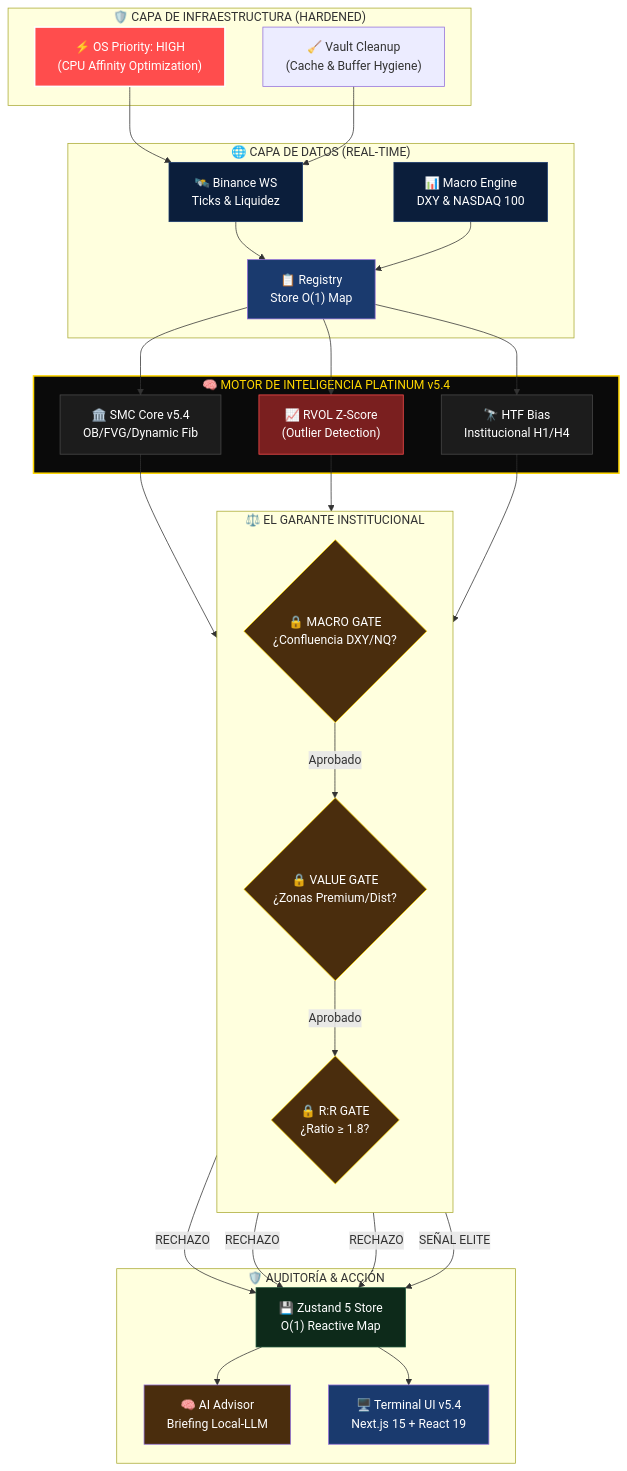
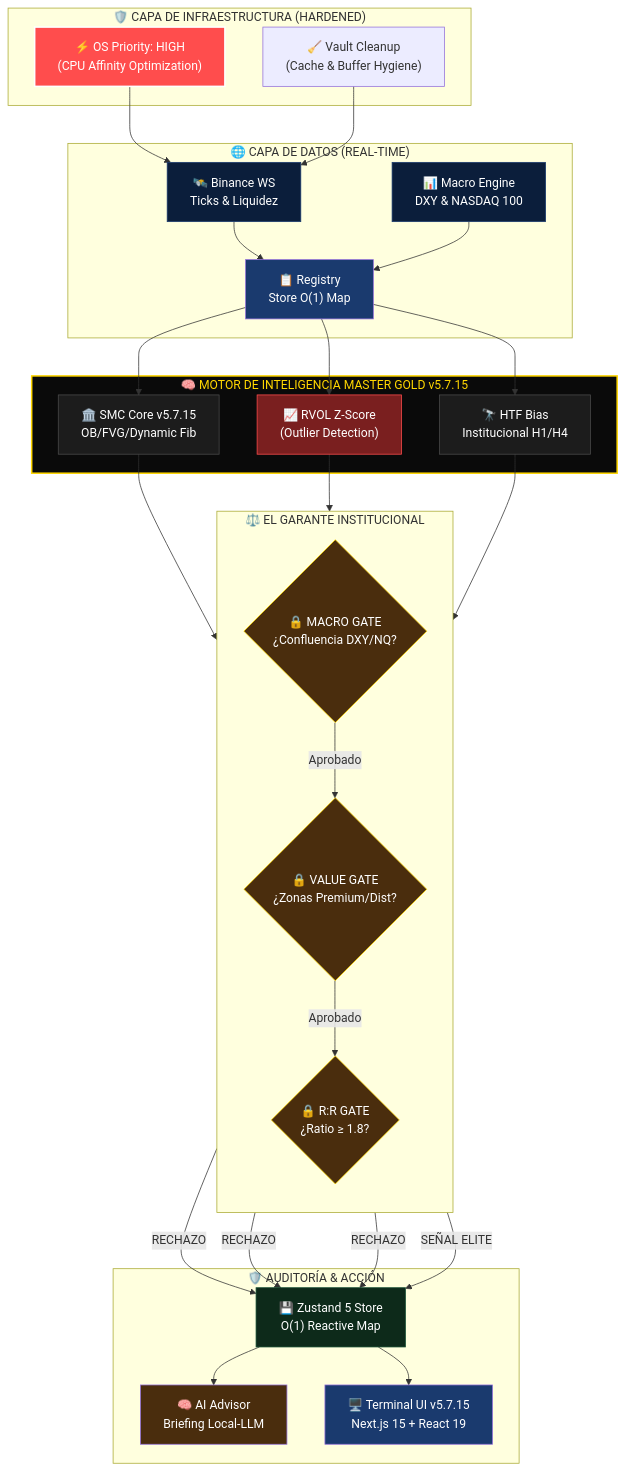
One commit to matiquelmec/Slingshot changed the diagram in docs/architecture/MASTERPLAN_V5.md. Above: the diagram before and after it, drawn with Mermaid. The commit also changed other lines of this file and 1 other file, not shown here.

Commit message:
docs(v5.7.15): Master Gold Sync - Actualización de Arquitectura y Core definitorios del Heatmap Activo

````diff
--- a/docs/architecture/MASTERPLAN_V5.md
+++ b/docs/architecture/MASTERPLAN_V5.md
@@ -16,69 +16,69 @@
 ```mermaid
 flowchart TD
     %% --- CAPA DE INFRAESTRUCTURA (HARDENING) ---
     subgraph INFRA_LAYER ["🛡️ CAPA DE INFRAESTRUCTURA (HARDENED)"]
         OS_P["⚡ OS Priority: HIGH\n(CPU Affinity Optimization)"]
         CL_V["🧹 Vault Cleanup\n(Cache & Buffer Hygiene)"]
     end
 
     %% --- CAPA DE INGESTA (TELEMETRÍA) ---
     subgraph DATA_LAYER ["🌐 CAPA DE DATOS (REAL-TIME)"]
         BN["🛰️ Binance WS\nTicks & Liquidez"]
         MACRO["📊 Macro Engine\nDXY & NASDAQ 100"]
         REG["📋 Registry\nStore O(1) Map"]
     end
 
     %% --- MOTOR DE INTELIGENCIA (EL CEREBRO) ---
-    subgraph ENGINE_LAYER ["🧠 MOTOR DE INTELIGENCIA PLATINUM v5.4"]
-        SMC["🏛️ SMC Core v5.4\nOB/FVG/Dynamic Fib"]
+    subgraph ENGINE_LAYER ["🧠 MOTOR DE INTELIGENCIA MASTER GOLD v5.7.15"]
+        SMC["🏛️ SMC Core v5.7.15\nOB/FVG/Dynamic Fib"]
         RVOL["📈 RVOL Z-Score\n(Outlier Detection)"]
         HTF["🔭 HTF Bias\nInstitucional H1/H4"]
     end
 
     %% --- PORTEROS DE RIESGO (LOS FILTROS) ---
     subgraph RISK_LAYER ["⚖️ EL GARANTE INSTITUCIONAL"]
         direction TB
         G1{"🔒 MACRO GATE\n¿Confluencia DXY/NQ?"}
         G2{"🔒 VALUE GATE\n¿Zonas Premium/Dist?"}
         G3{"🔒 R:R GATE\n¿Ratio ≥ 1.8?"}
     end
 
     %% --- CAPA DE PERSISTENCIA Y SALIDA ---
     subgraph OUTPUT_LAYER ["🛡️ AUDITORÍA & ACCIÓN"]
         RAM["💾 Zustand 5 Store\nO(1) Reactive Map"]
         ADV["🧠 AI Advisor\nBriefing Local-LLM"]
-        UI["🖥️ Terminal UI v5.4\nNext.js 15 + React 19"]
+        UI["🖥️ Terminal UI v5.7.15\nNext.js 15 + React 19"]
     end
 
     %% --- CONEXIONES ---
     OS_P & CL_V --> BN
     BN & MACRO --> REG
     REG --> SMC & RVOL & HTF
     
     SMC & RVOL & HTF --> G1
     G1 -- "Aprobado" --> G2
     G2 -- "Aprobado" --> G3
     G1 & G2 & G3 -- "RECHAZO" --> RAM
     
     G3 -- "SEÑAL ELITE" --> RAM
     RAM --> ADV & UI
 
     %% --- ESTILOS PLATINUM ---
     style BN fill:#0b1e3b,color:#fff,stroke:#1a3a6e
     style MACRO fill:#0b1e3b,color:#fff,stroke:#1a3a6e
     style REG fill:#1a3a6e,color:#fff
     
     style ENGINE_LAYER fill:#0a0a0a,color:#ffd700,stroke:#ffd700,stroke-width:2px
     style SMC fill:#1c1c1c,color:#fff,stroke:#4a4a4a
     style RVOL fill:#7a1f1f,color:#fff,stroke:#ff4d4d
     style HTF fill:#1c1c1c,color:#fff,stroke:#4a4a4a
 
     style G1 fill:#4a2d0d,color:#fff,stroke:#ffd700
     style G2 fill:#4a2d0d,color:#fff,stroke:#ffd700
     style G3 fill:#4a2d0d,color:#fff,stroke:#ffd700
 
     style RAM fill:#0d2a1a,color:#fff,stroke:#1a5236
     style UI fill:#1a3a6e,color:#fff
     style ADV fill:#4a2d0d,color:#fff
     style OS_P fill:#ff4d4d,color:#fff,stroke:#fff,stroke-width:2px
 ```
````
